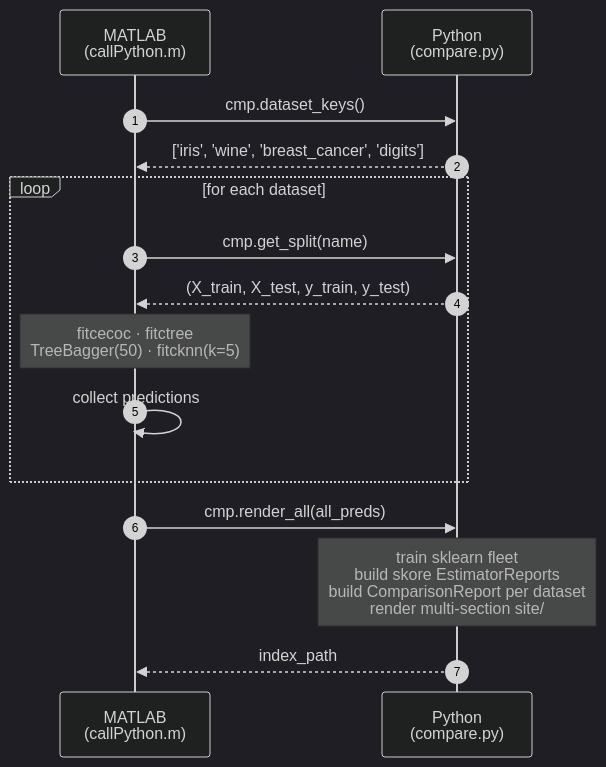
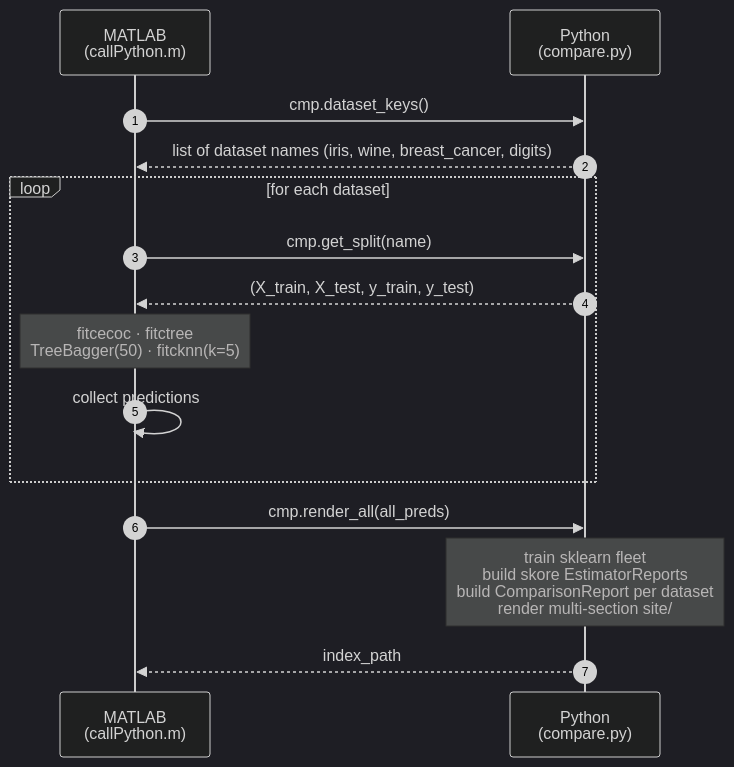
The diagram in README.md (yanndebray/matlab-with-scikit-learn), drawn with Mermaid (dark theme) before and after one commit.

Commit message:
Avoid square brackets in Mermaid message text
Mermaid can interpret leading [ in sequence-diagram message text as
syntax; spelling out the list keeps the diagram unambiguous on GitHub.

````diff
--- a/README.md
+++ b/README.md
@@ -47,20 +47,20 @@
 ```mermaid
 sequenceDiagram
     autonumber
     participant M as MATLAB<br/>(callPython.m)
     participant P as Python<br/>(compare.py)
 
     M->>P: cmp.dataset_keys()
-    P-->>M: ['iris', 'wine', 'breast_cancer', 'digits']
+    P-->>M: list of dataset names (iris, wine, breast_cancer, digits)
 
     loop for each dataset
         M->>P: cmp.get_split(name)
         P-->>M: (X_train, X_test, y_train, y_test)
         Note over M: fitcecoc · fitctree<br/>TreeBagger(50) · fitcknn(k=5)
         M->>M: collect predictions
     end
 
     M->>P: cmp.render_all(all_preds)
     Note over P: train sklearn fleet<br/>build skore EstimatorReports<br/>build ComparisonReport per dataset<br/>render multi-section site/
     P-->>M: index_path
 ```
````
